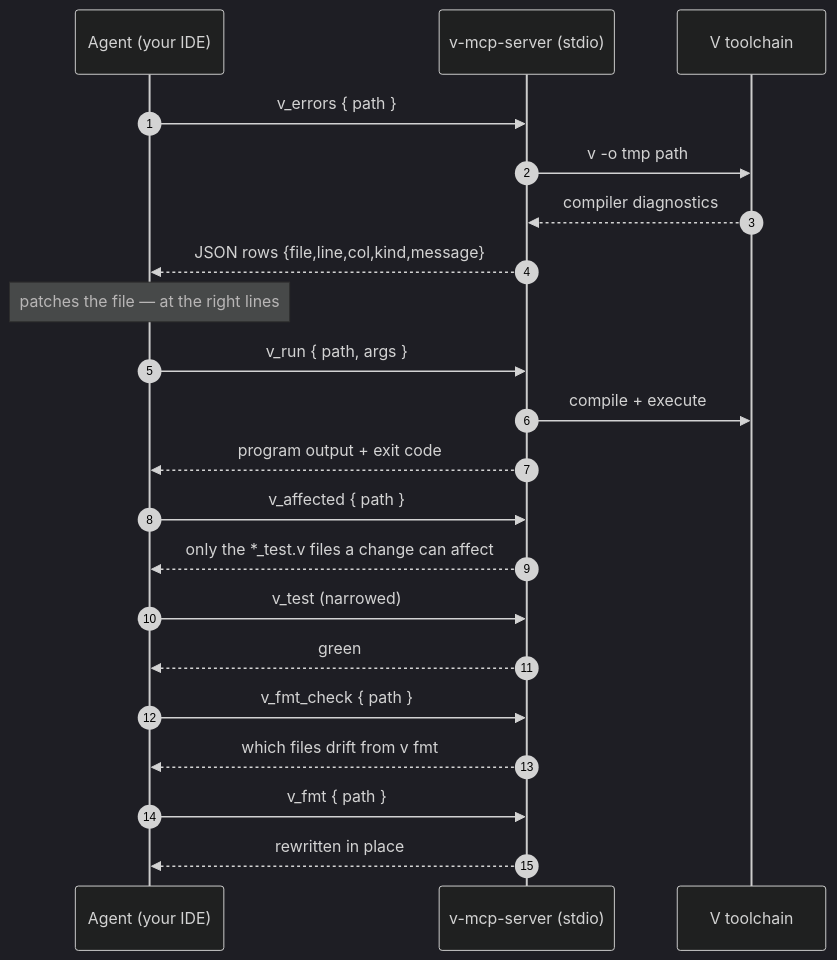
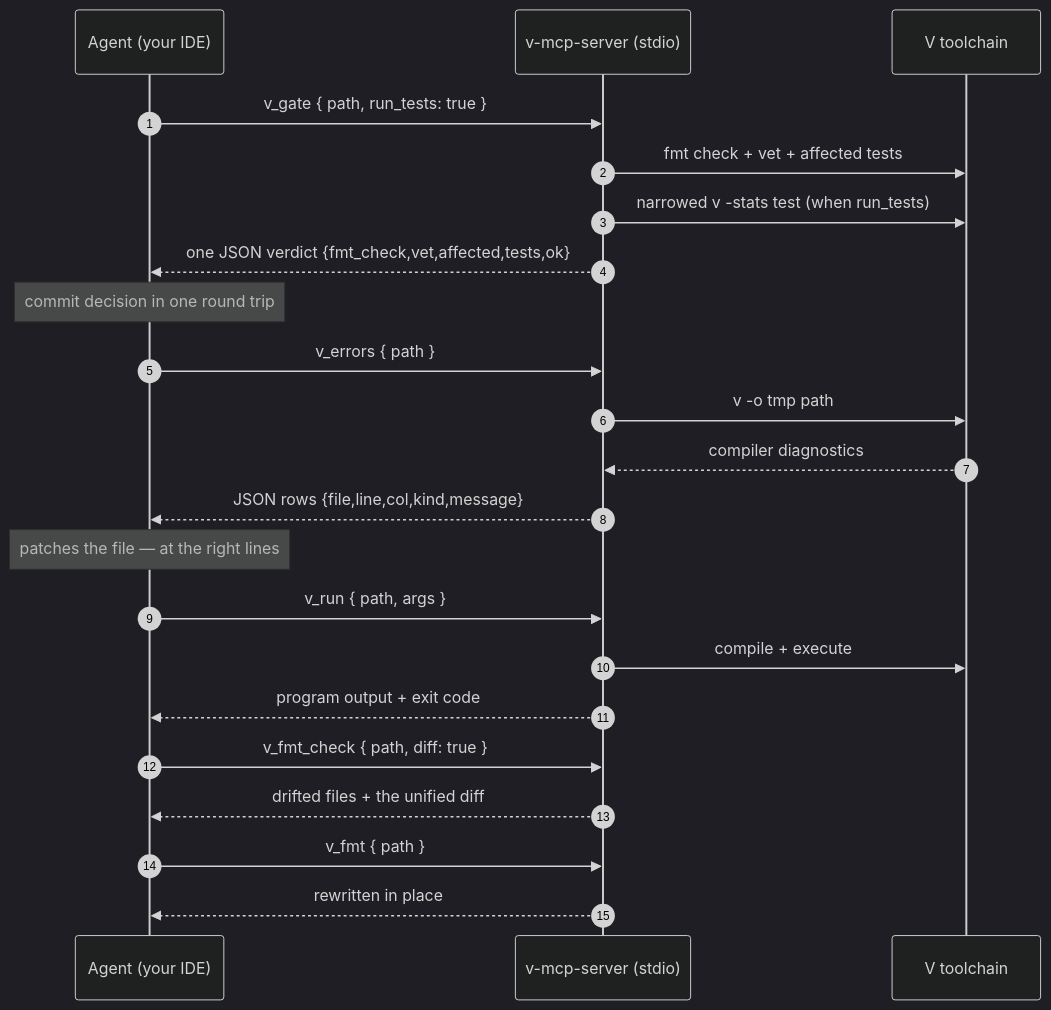
One commit to gil-silva/v-mcp-server changed the diagram in README.md. Above: the diagram before and after it, drawn with Mermaid (dark theme). The commit also changed other lines of this file and 3 other files, not shown here.

Commit message:
main.v: v_gate one-call commit gate (fmt+vet+affected, optional narrowed test run); v_errors limit; v_fmt_check diff; children run with EOF stdin

````diff
--- a/README.md
+++ b/README.md
@@ -40,23 +41,24 @@
 ```mermaid
 sequenceDiagram
     autonumber
     participant A as Agent (your IDE)
     participant S as v-mcp-server (stdio)
     participant V as V toolchain
+    A->>S: v_gate { path, run_tests: true }
+    S->>V: fmt check + vet + affected tests
+    S->>V: narrowed v -stats test (when run_tests)
+    S-->>A: one JSON verdict {fmt_check,vet,affected,tests,ok}
+    Note over A: commit decision in one round trip
     A->>S: v_errors { path }
     S->>V: v -o tmp path
     V-->>S: compiler diagnostics
     S-->>A: JSON rows {file,line,col,kind,message}
     Note over A: patches the file — at the right lines
     A->>S: v_run { path, args }
     S->>V: compile + execute
     S-->>A: program output + exit code
-    A->>S: v_affected { path }
-    S-->>A: only the *_test.v files a change can affect
-    A->>S: v_test (narrowed)
-    S-->>A: green
-    A->>S: v_fmt_check { path }
-    S-->>A: which files drift from v fmt
+    A->>S: v_fmt_check { path, diff: true }
+    S-->>A: drifted files + the unified diff
     A->>S: v_fmt { path }
     S-->>A: rewritten in place
 ```
````
